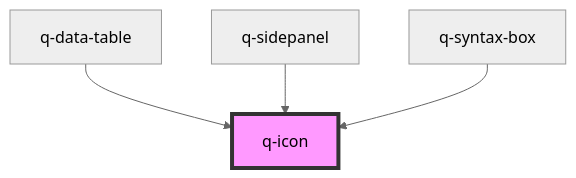
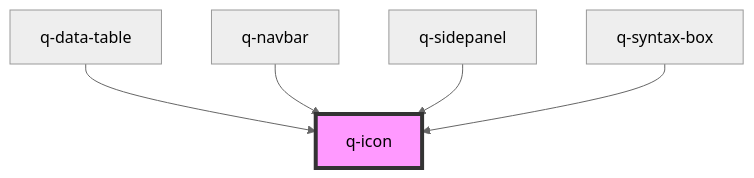
Before and after one commit to XsAndre-L/WebQuark: the diagram in src/components/media/icon/readme.md, drawn with Mermaid (neutral theme). The commit also changed other lines of this file and 11 other files, not shown here.

Commit message:
Support icon navbar items

````diff
--- a/src/components/media/icon/readme.md
+++ b/src/components/media/icon/readme.md
@@ -40,7 +41,8 @@
 ```mermaid
 graph TD;
   q-data-table --> q-icon
+  q-navbar --> q-icon
   q-sidepanel --> q-icon
   q-syntax-box --> q-icon
   style q-icon fill:#f9f,stroke:#333,stroke-width:4px
 ```
````
